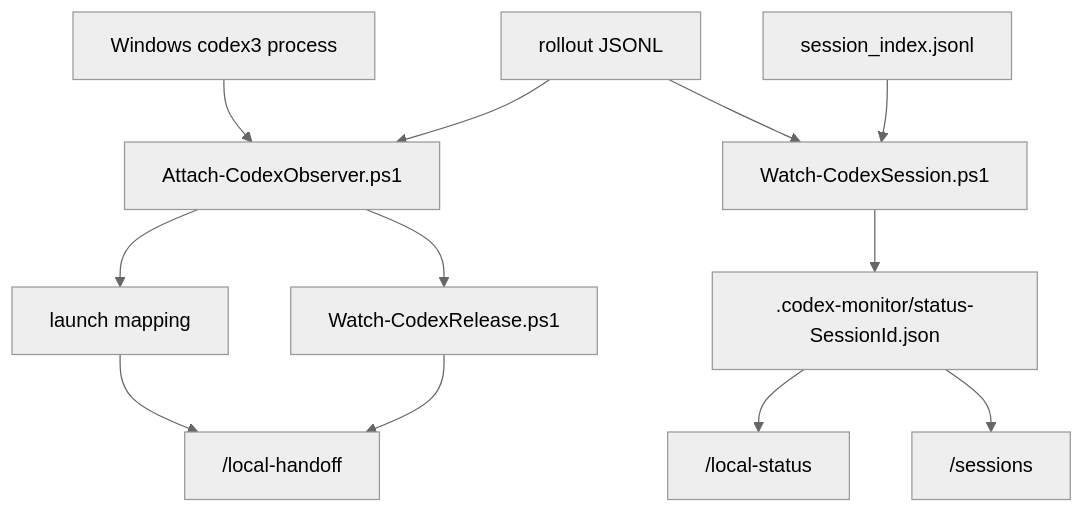
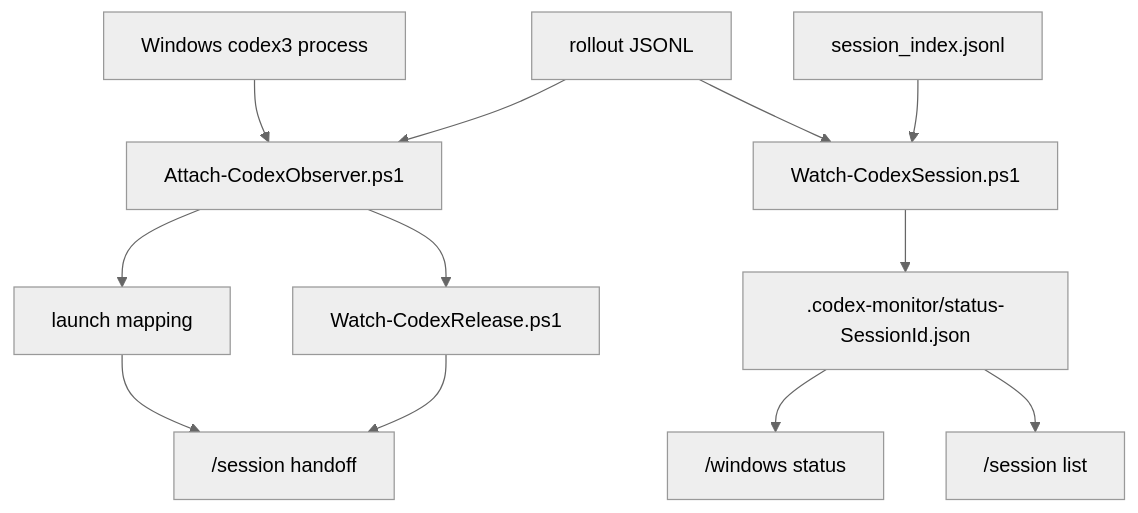
The sixth of 6 diagrams in local-docs/03-codex-session-management.md (denven/lark-coding-agent-bridge), drawn with Mermaid (neutral theme) before and after one commit. The commit also changed other lines of this file and 15 other files, not shown here.

````diff
--- a/local-docs/03-codex-session-management.md
+++ b/local-docs/03-codex-session-management.md
@@ -890,16 +930,16 @@
 ```mermaid
 flowchart TD
     P["Windows codex3 process"] --> A["Attach-CodexObserver.ps1"]
     R["rollout JSONL"] --> A
     R --> O["Watch-CodexSession.ps1"]
     I["session_index.jsonl"] --> O
     O --> S[".codex-monitor/status-SessionId.json"]
 
     A --> L["launch mapping"]
     A --> RA["Watch-CodexRelease.ps1"]
 
-    S --> LS["/local-status"]
-    S --> INV["/sessions"]
-    L --> H["/local-handoff"]
+    S --> LS["/windows status"]
+    S --> INV["/session list"]
+    L --> H["/session handoff"]
     RA --> H
 ```
````
